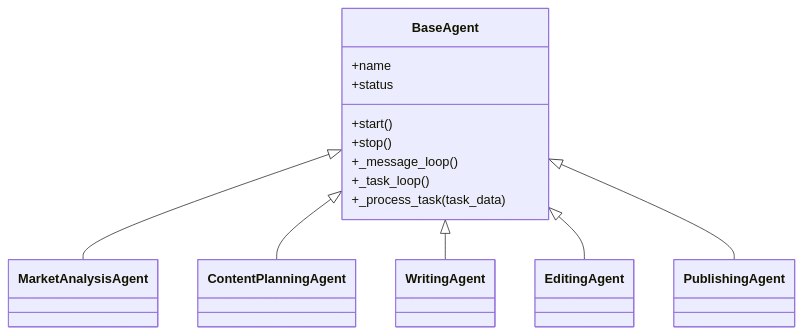
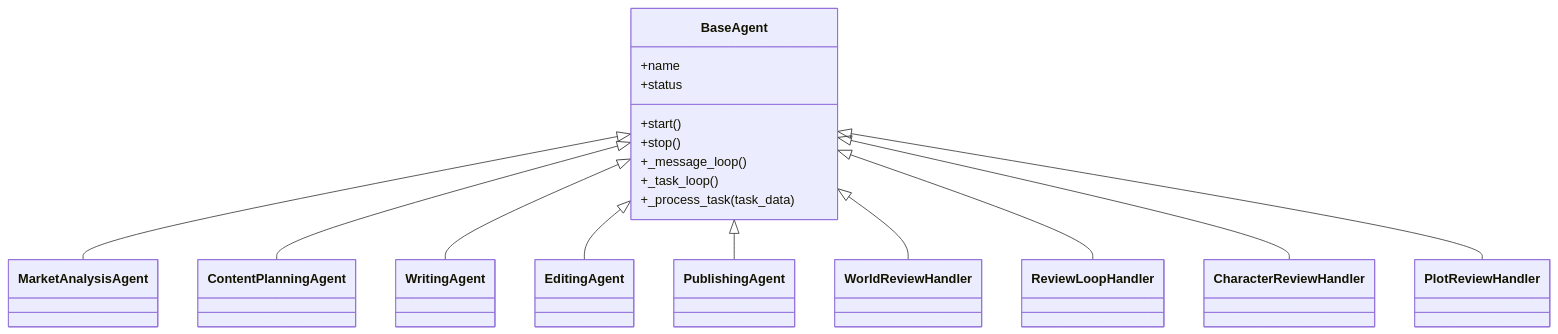
The seventh of 10 diagrams in .qoder/repowiki/zh/content/AI智能体系统/AI智能体系统.md (xfbyxq/ai-novel-system), drawn with Mermaid before and after one commit. The commit also changed other lines of this file and 10 other files, not shown here.

````diff
--- a/.qoder/repowiki/zh/content/AI智能体系统/AI智能体系统.md
+++ b/.qoder/repowiki/zh/content/AI智能体系统/AI智能体系统.md
@@ -142,22 +451,30 @@
 ```mermaid
 classDiagram
 class BaseAgent {
 +name
 +status
 +start()
 +stop()
 +_message_loop()
 +_task_loop()
 +_process_task(task_data)
 }
 class MarketAnalysisAgent
 class ContentPlanningAgent
 class WritingAgent
 class EditingAgent
 class PublishingAgent
+class WorldReviewHandler
+class ReviewLoopHandler
+class CharacterReviewHandler
+class PlotReviewHandler
 BaseAgent <|-- MarketAnalysisAgent
 BaseAgent <|-- ContentPlanningAgent
 BaseAgent <|-- WritingAgent
 BaseAgent <|-- EditingAgent
 BaseAgent <|-- PublishingAgent
+BaseAgent <|-- WorldReviewHandler
+BaseAgent <|-- ReviewLoopHandler
+BaseAgent <|-- CharacterReviewHandler
+BaseAgent <|-- PlotReviewHandler
 ```
````
